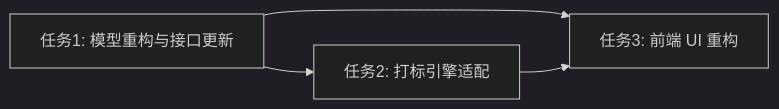
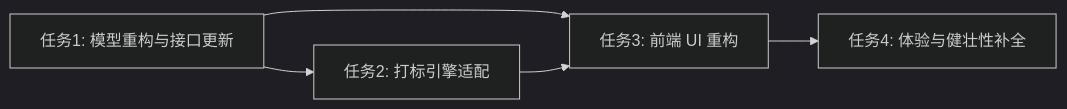
One commit to sun977/TagMatrix changed the diagram in docs/TagMatrix/V3.0/Phase2/TASK_Phase2.md. Above: the diagram before and after it, drawn with Mermaid (dark theme). The commit also changed other lines of this file and 5 other files, not shown here.

````diff
--- a/docs/TagMatrix/V3.0/Phase2/TASK_Phase2.md
+++ b/docs/TagMatrix/V3.0/Phase2/TASK_Phase2.md
@@ -35,6 +49,7 @@
 ```mermaid
 graph LR
     A[任务1: 模型重构与接口更新] --> B[任务2: 打标引擎适配]
     A --> C[任务3: 前端 UI 重构]
     B --> C
+    C --> D[任务4: 体验与健壮性补全]
 ```
````
